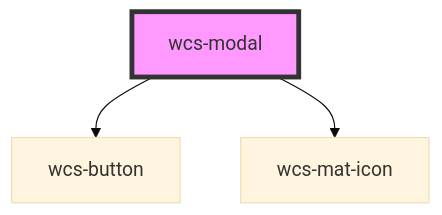
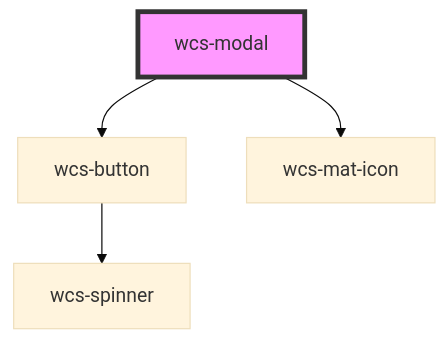
The diagram in src/components/modal/readme.md (SNCFdevelopers/wcs), drawn with Mermaid (base theme) before and after one commit. The commit also changed 12 other files, not shown here.

Commit message:
feat: spinner inside button when it is in loading state

````diff
--- a/src/components/modal/readme.md
+++ b/src/components/modal/readme.md
@@ -51,6 +51,7 @@
 ```mermaid
 graph TD;
   wcs-modal --> wcs-button
   wcs-modal --> wcs-mat-icon
+  wcs-button --> wcs-spinner
   style wcs-modal fill:#f9f,stroke:#333,stroke-width:4px
 ```
````
